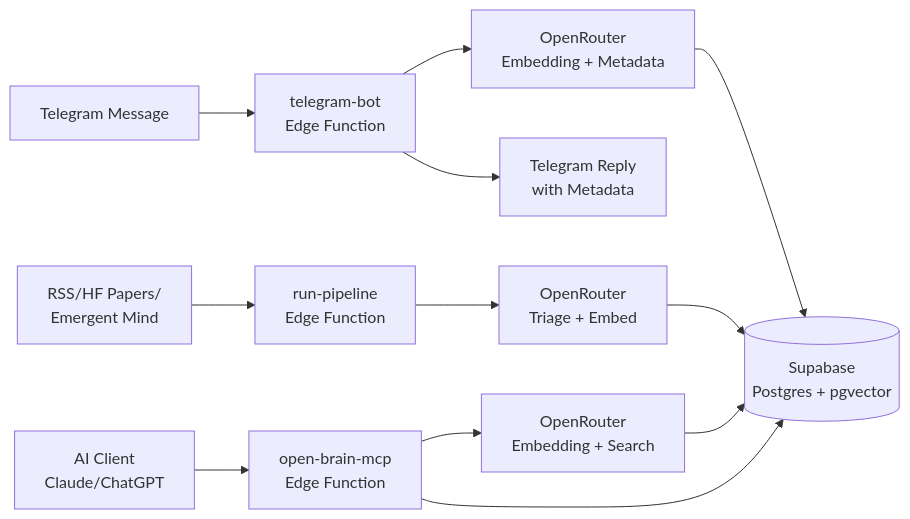
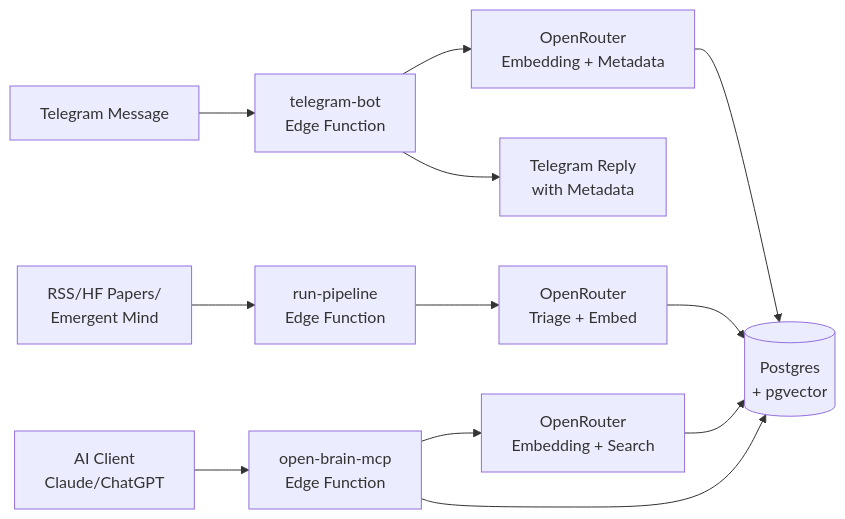
One commit to Bobby-cell-commits/open-brain-server changed the diagram in README.md. Above: the diagram before and after it, drawn with Mermaid. The commit also changed other lines of this file and 9 other files, not shown here.

````diff
--- a/README.md
+++ b/README.md
@@ -9,14 +11,14 @@
 ```mermaid
 flowchart LR
     TG[Telegram Message] --> TGBot[telegram-bot\nEdge Function]
     MCP[AI Client\nClaude/ChatGPT] --> MCPServer[open-brain-mcp\nEdge Function]
     Pipeline[RSS/HF Papers/\nEmergent Mind] --> RunPipeline[run-pipeline\nEdge Function]
     TGBot --> OR1[OpenRouter\nEmbedding + Metadata]
     MCPServer --> OR2[OpenRouter\nEmbedding + Search]
     RunPipeline --> OR3[OpenRouter\nTriage + Embed]
-    OR1 --> DB[(Supabase\nPostgres + pgvector)]
+    OR1 --> DB[(Postgres\n+ pgvector)]
     OR2 --> DB
     OR3 --> DB
     MCPServer --> DB
     TGBot --> TGReply[Telegram Reply\nwith Metadata]
 ```
````
